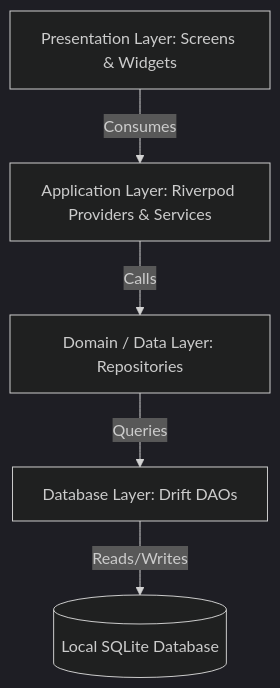
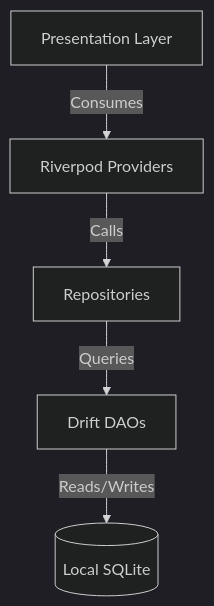
Before and after one commit to Eliasilyz/Money-Manager: the diagram in README.md, drawn with Mermaid (dark theme).

````diff
--- a/README.md
+++ b/README.md
@@ -85,7 +85,7 @@
 ```mermaid
 graph TD
-    UI[Presentation Layer: Screens & Widgets] -->|Consumes| Provider[Application Layer: Riverpod Providers & Services]
-    Provider -->|Calls| Repo[Domain / Data Layer: Repositories]
-    Repo -->|Queries| DAO[Database Layer: Drift DAOs]
-    DAO -->|Reads/Writes| SQLite[(Local SQLite Database)]
+    A[Presentation Layer] -- Consumes --> B[Riverpod Providers]
+    B -- Calls --> C[Repositories]
+    C -- Queries --> D[Drift DAOs]
+    D -- Reads/Writes --> E[(Local SQLite)]
 ```
````
